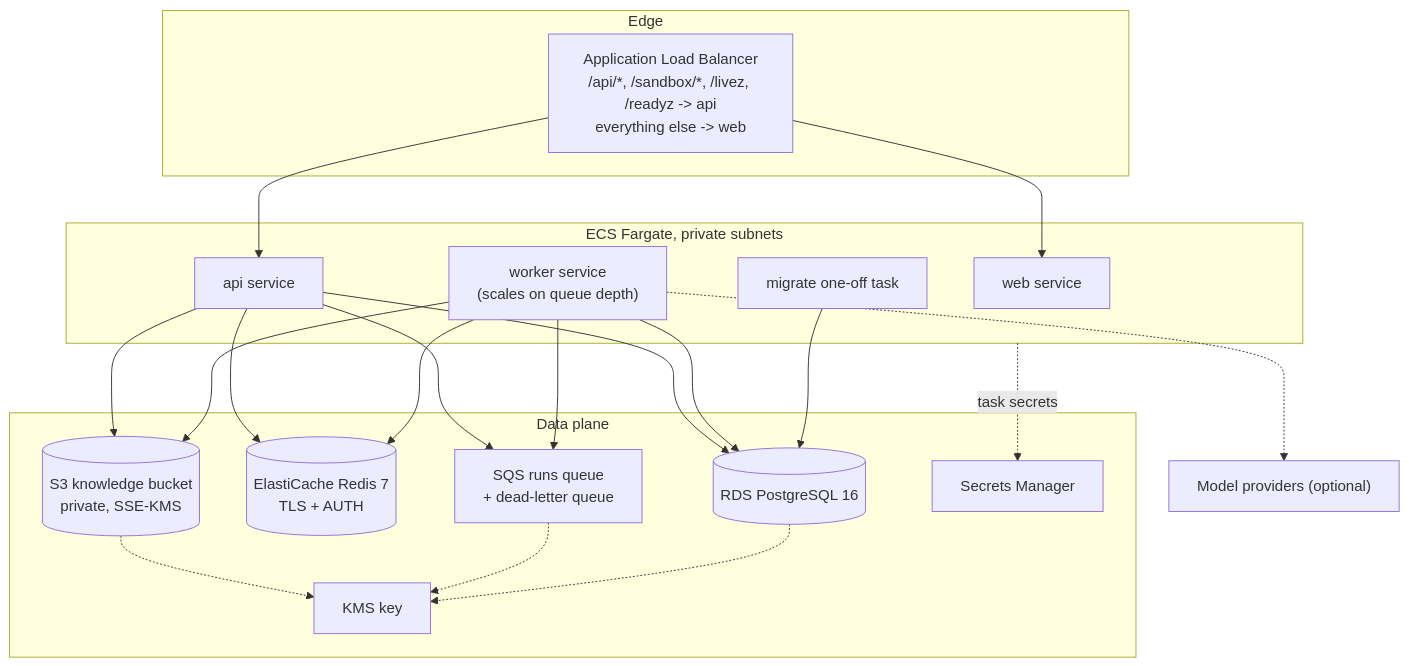
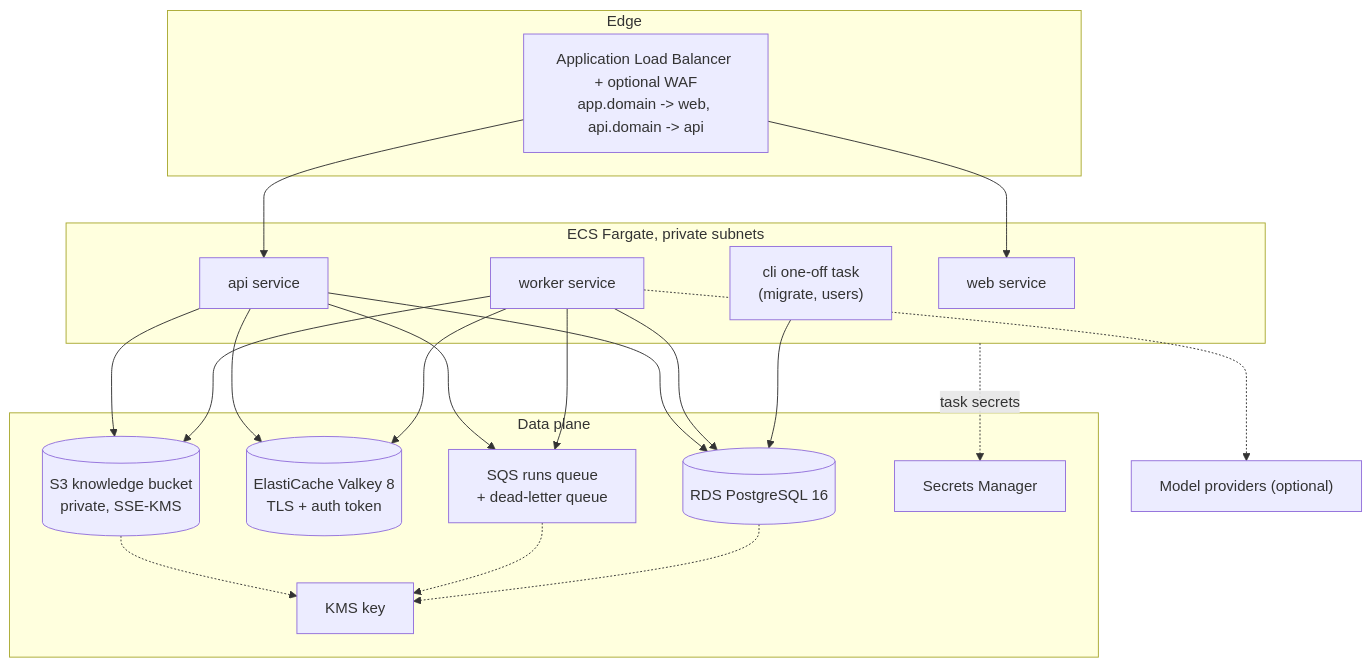
The fourth of 6 diagrams in docs/architecture/HLD.md (euron-sde-team/euron-agent-studio), drawn with Mermaid before and after one commit. The commit also changed other lines of this file, not shown here.

````diff
--- a/docs/architecture/HLD.md
+++ b/docs/architecture/HLD.md
@@ -146,38 +146,38 @@
 ```mermaid
 flowchart TB
   subgraph edge["Edge"]
-    alb["Application Load Balancer<br/>/api/*, /sandbox/*, /livez, /readyz -> api<br/>everything else -> web"]
+    alb["Application Load Balancer + optional WAF<br/>app.domain -> web, api.domain -> api"]
   end
   subgraph ecs["ECS Fargate, private subnets"]
     web["web service"]
     api["api service"]
-    worker["worker service<br/>(scales on queue depth)"]
-    oneoff["migrate one-off task"]
+    worker["worker service"]
+    oneoff["cli one-off task<br/>(migrate, users)"]
   end
   subgraph data["Data plane"]
     pg[("RDS PostgreSQL 16")]
-    redis[("ElastiCache Redis 7<br/>TLS + AUTH")]
+    redis[("ElastiCache Valkey 8<br/>TLS + auth token")]
     sqs["SQS runs queue<br/>+ dead-letter queue"]
     s3[("S3 knowledge bucket<br/>private, SSE-KMS")]
     sm["Secrets Manager"]
     kms["KMS key"]
   end
   llm["Model providers (optional)"]
 
   alb --> web
   alb --> api
   api --> pg
   api --> redis
   api --> sqs
   api --> s3
   worker --> sqs
   worker --> pg
   worker --> redis
   worker --> s3
   worker -.-> llm
   oneoff --> pg
   ecs -.->|task secrets| sm
   s3 -.-> kms
   sqs -.-> kms
   pg -.-> kms
 ```
````
